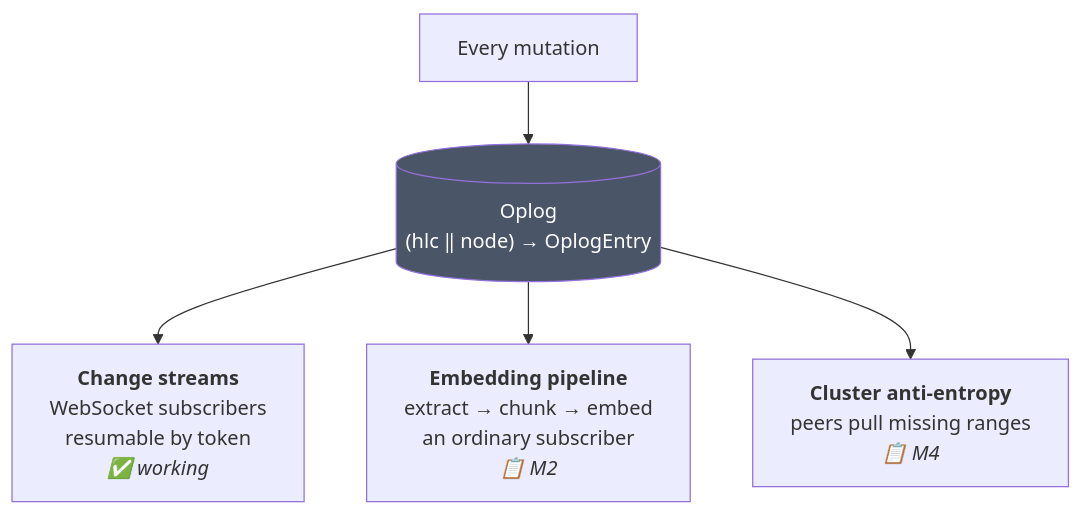
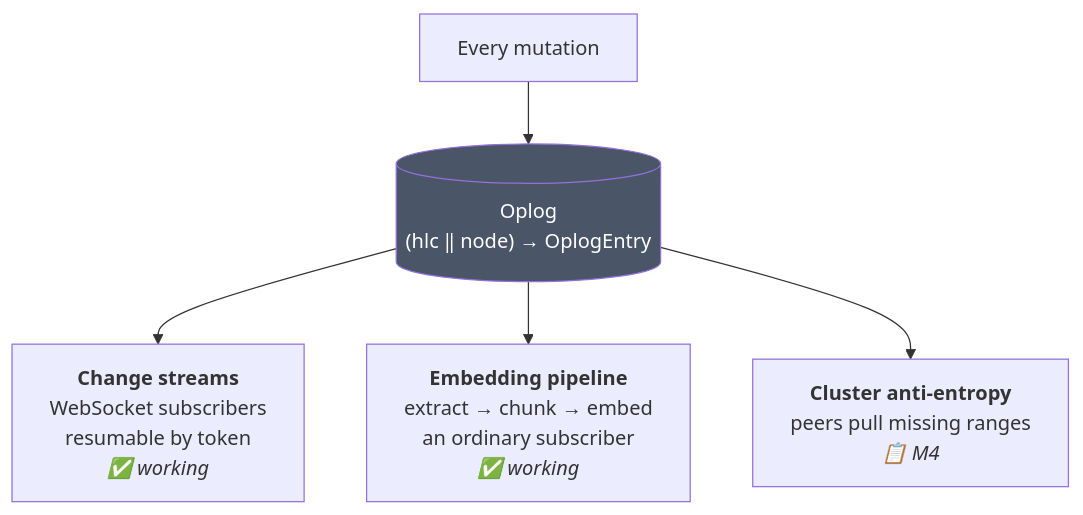
One commit to titusai-io/kimmydb changed the first of 2 diagrams in docs/oplog.md. Above: the diagram before and after it, drawn with Mermaid. The commit also changed 22 other files, not shown here.

````diff
--- a/docs/oplog.md
+++ b/docs/oplog.md
@@ -31,10 +31,10 @@
 ```mermaid
 graph TB
     W["Every mutation"] --> O[("Oplog<br/>(hlc ‖ node) → OplogEntry")]
 
     O --> C1["<b>Change streams</b><br/>WebSocket subscribers<br/>resumable by token<br/><i>✅ working</i>"]
-    O --> C2["<b>Embedding pipeline</b><br/>extract → chunk → embed<br/>an ordinary subscriber<br/><i>📋 M2</i>"]
+    O --> C2["<b>Embedding pipeline</b><br/>extract → chunk → embed<br/>an ordinary subscriber<br/><i>✅ working</i>"]
     O --> C3["<b>Cluster anti-entropy</b><br/>peers pull missing ranges<br/><i>📋 M4</i>"]
 
     style O fill:#4a5568,color:#fff
 ```
````
